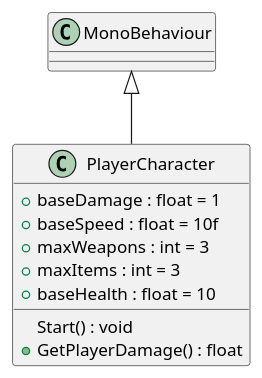
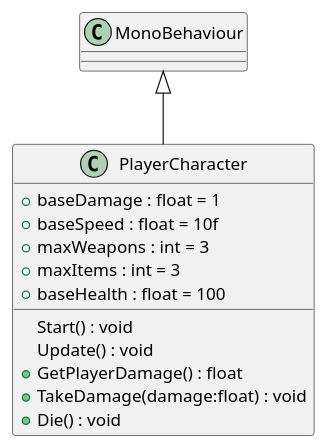
Before and after one commit to 2314577483/Vampire-Hunter: the diagram in UML/Assets/Scripts/PlayerCharacter.puml, drawn with PlantUML. The commit also changed 13 other files, not shown here.

Commit message:
Generate UML (Generate UML)

```diff
--- a/UML/Assets/Scripts/PlayerCharacter.puml
+++ b/UML/Assets/Scripts/PlayerCharacter.puml
@@ -1,12 +1,15 @@
 @startuml
 class PlayerCharacter {
     + baseDamage : float = 1
     + baseSpeed : float = 10f
     + maxWeapons : int = 3
     + maxItems : int = 3
-    + baseHealth : float = 10
+    + baseHealth : float = 100
     Start() : void
+    Update() : void
     + GetPlayerDamage() : float
+    + TakeDamage(damage:float) : void
+    + Die() : void
 }
 MonoBehaviour <|-- PlayerCharacter
 @enduml
```
